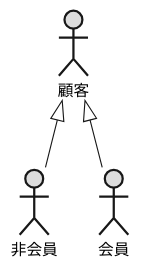
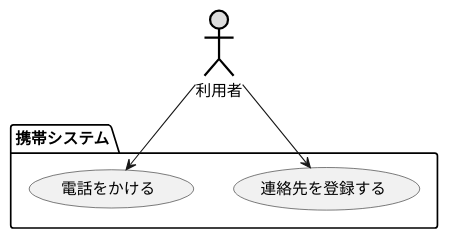
One commit to hosokawa3217/uml-exercises changed the diagram in 例題4 UC_携帯契約システム.pu. Above: the diagram before and after it, drawn with PlantUML. The commit also changed other lines of this file and 31 other files, not shown here.

```diff
--- a/例題4 UC_携帯契約システム.pu
+++ b/例題4 UC_携帯契約システム.pu
@@ -1,8 +1,11 @@
 @startuml ユースケース図
-    'left to right direction
-    actor 顧客  #DDDDDD;line.bold;
-    actor 非会員 #DDDDDD;line.bold;
-    actor 会員  #DDDDDD;line.bold;
-    顧客 <|-- 非会員
-    顧客 <|-- 会員
+    ' left to right direction
+    actor 利用者  #DDDDDD;line:black;line.bold;
+   
+    package 携帯システム {
+        usecase 連絡先を登録する
+        usecase 電話をかける
+    }
+    利用者 --> 連絡先を登録する
+    利用者 --> 電話をかける
 @enduml
```
